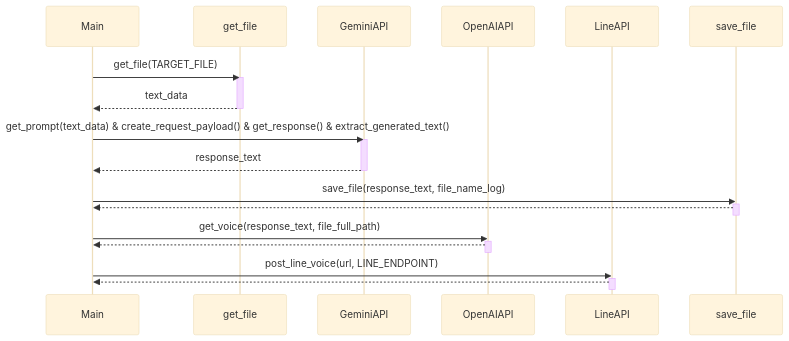
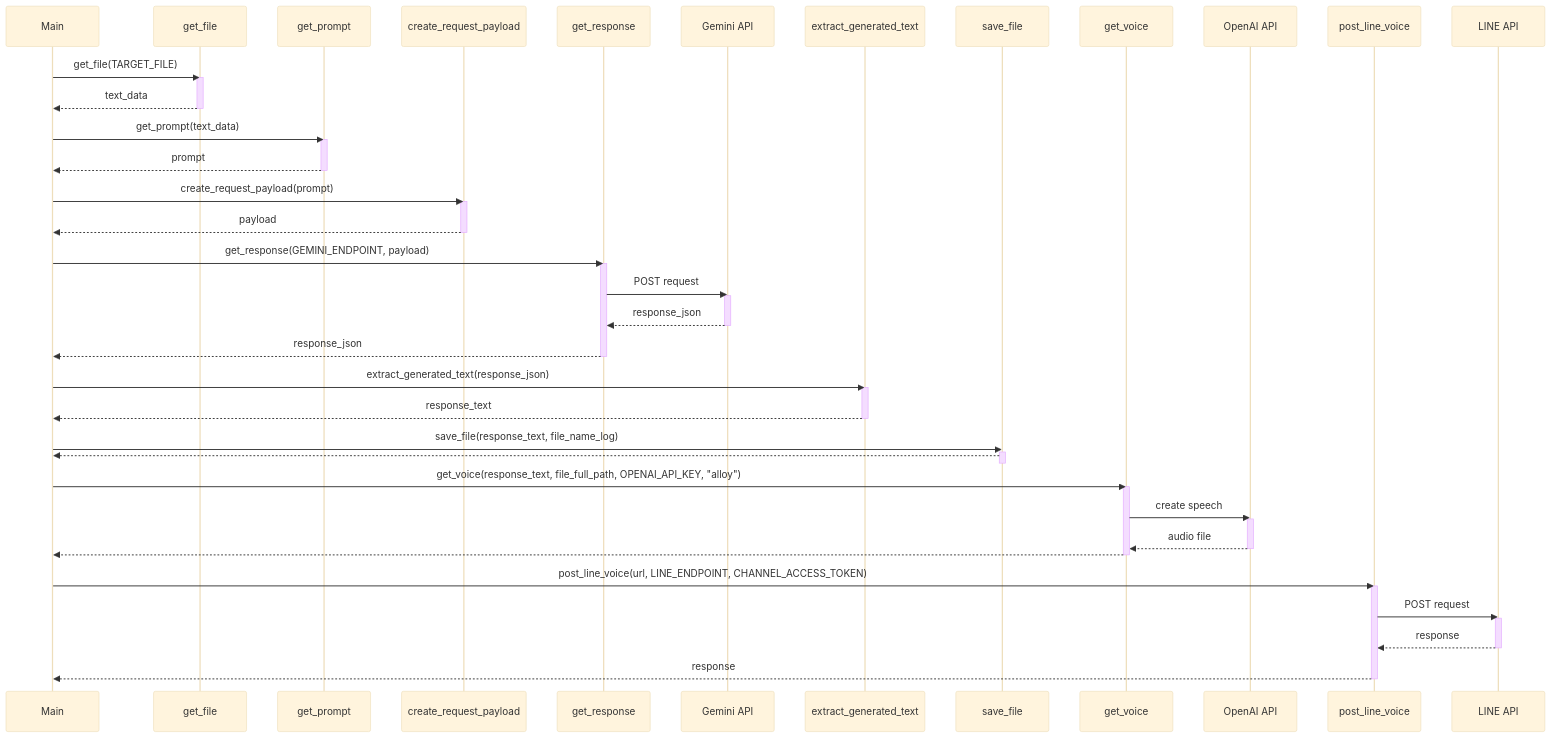
Before and after one commit to hgssnk/turing-soul: the second of 3 diagrams in README.md, drawn with Mermaid (base theme). The commit also changed other lines of this file, not shown here.

Commit message:
chore: update README from Gemini

````diff
--- a/README.md
+++ b/README.md
@@ -28,30 +34,67 @@
 ```mermaid
 sequenceDiagram
     participant Main
     participant get_file
-    participant GeminiAPI
-    participant OpenAIAPI
-    participant LineAPI
+    participant get_prompt
+    participant create_request_payload
+    participant get_response
+    participant Gemini API
+    participant extract_generated_text
     participant save_file
+    participant get_voice
+    participant OpenAI API
+    participant post_line_voice
+    participant LINE API
 
     Main->>get_file: get_file(TARGET_FILE)
     activate get_file
     get_file-->>Main: text_data
     deactivate get_file
-    Main->>GeminiAPI: get_prompt(text_data) & create_request_payload() & get_response() & extract_generated_text()
-    activate GeminiAPI
-    GeminiAPI-->>Main: response_text
-    deactivate GeminiAPI
+
+    Main->>get_prompt: get_prompt(text_data)
+    activate get_prompt
+    get_prompt-->>Main: prompt
+    deactivate get_prompt
+
+    Main->>create_request_payload: create_request_payload(prompt)
+    activate create_request_payload
+    create_request_payload-->>Main: payload
+    deactivate create_request_payload
+
+    Main->>get_response: get_response(GEMINI_ENDPOINT, payload)
+    activate get_response
+    get_response->>Gemini API: POST request
+    activate Gemini API
+    Gemini API-->>get_response: response_json
+    deactivate Gemini API
+    get_response-->>Main: response_json
+    deactivate get_response
+
+    Main->>extract_generated_text: extract_generated_text(response_json)
+    activate extract_generated_text
+    extract_generated_text-->>Main: response_text
+    deactivate extract_generated_text
+
     Main->>save_file: save_file(response_text, file_name_log)
     activate save_file
     save_file-->>Main:
     deactivate save_file
-    Main->>OpenAIAPI: get_voice(response_text, file_full_path)
-    activate OpenAIAPI
-    OpenAIAPI-->>Main:
-    deactivate OpenAIAPI
-    Main->>LineAPI: post_line_voice(url, LINE_ENDPOINT)
-    activate LineAPI
-    LineAPI-->>Main:
-    deactivate LineAPI
+
+    Main->>get_voice: get_voice(response_text, file_full_path, OPENAI_API_KEY, "alloy")
+    activate get_voice
+    get_voice->>OpenAI API: create speech
+    activate OpenAI API
+    OpenAI API-->>get_voice: audio file
+    deactivate OpenAI API
+    get_voice-->>Main:
+    deactivate get_voice
+
+    Main->>post_line_voice: post_line_voice(url, LINE_ENDPOINT, CHANNEL_ACCESS_TOKEN)
+    activate post_line_voice
+    post_line_voice->>LINE API: POST request
+    activate LINE API
+    LINE API-->>post_line_voice: response
+    deactivate LINE API
+    post_line_voice-->>Main: response
+    deactivate post_line_voice
 ```
````
